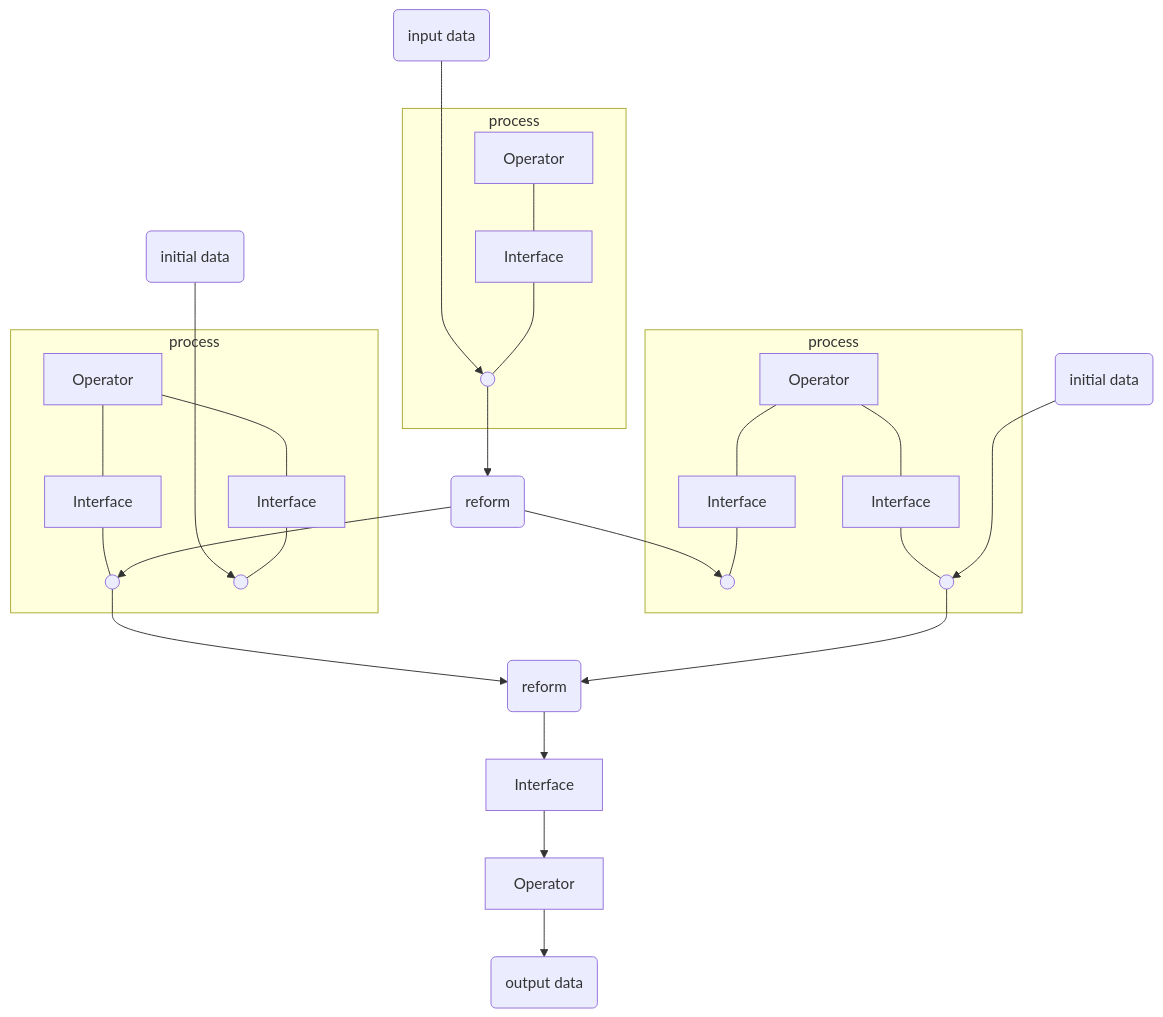
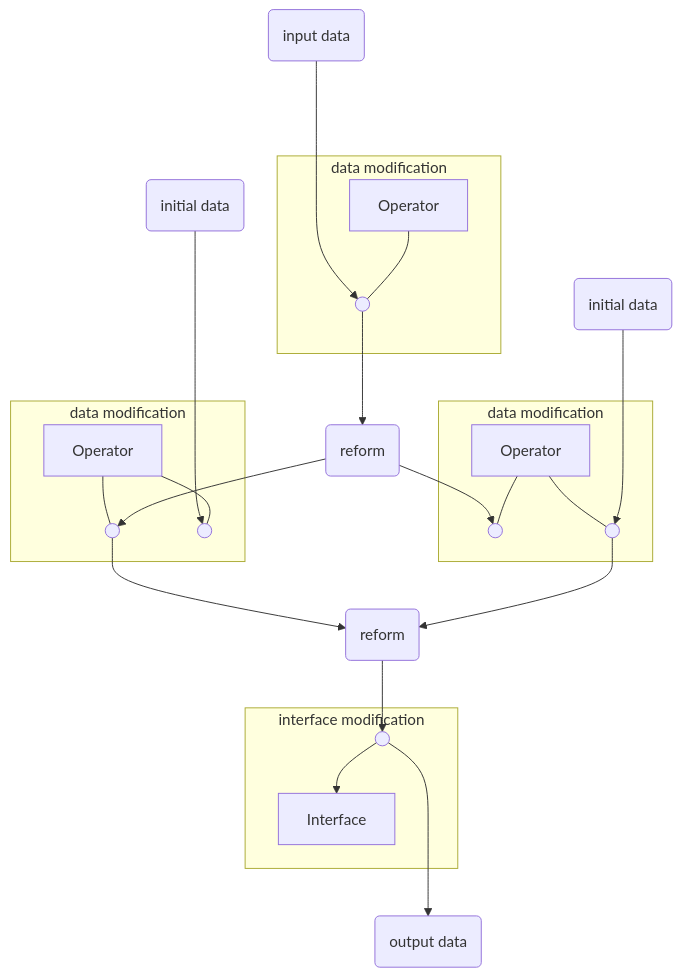
One commit to windwhiterain/Elf changed the second of 18 diagrams in readme.md. Above: the diagram before and after it, drawn with Mermaid. The commit also changed other lines of this file, not shown here.

````diff
--- a/readme.md
+++ b/readme.md
@@ -66,20 +71,23 @@
 ```mermaid
 graph TB
     A(input data)---->J(( ))-->F(reform)
     B(( ))-->rf
     F-->G(( ))
     Q(initial data)---->R(( ))
-    subgraph g1[process]
-        D[Operator]---E[Interface]---B
-        D[Operator]---S[Interface]---R
+    subgraph g1[data modification]
+        D[Operator]---B
+        D[Operator]---R
     end
     F-->B
-    subgraph g2[process]
-        H[Operator]---T[Interface]---O
-        H[Operator]---I[Interface]---G
+    subgraph g2[data modification]
+        H[Operator]---O
+        H[Operator]---G
     end
-    N(initial data)--->O(( ))-->rf(reform)-->M[Interface]-->op[Operator]-->P(output data)
-    subgraph g3[process]
-        K[Operator]---L[Interface]---J
+    N(initial data)--->O(( ))-->rf(reform)-->o1(( ))--->P(output data)
+    subgraph g4[interface modification]
+    o1-->int1[Interface]
+    end
+    subgraph g3[data modification]
+        K[Operator]---J
     end
 ```
````
